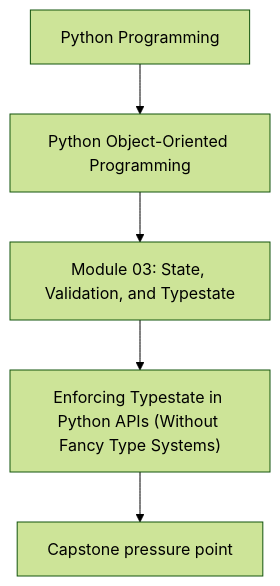
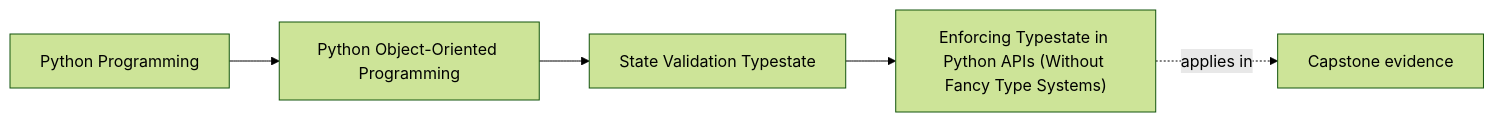
The first of 2 diagrams in programs/python-programming/python-object-oriented-programming/course-book/module-03-state-validation-typestate/typestate-in-python-apis.md (bijux/bijux-masterclass), drawn with Mermaid (forest theme) before and after one commit. The commit also changed other lines of this file and 65 other files, not shown here.

Commit message:
docs(python-object-oriented-programming): map object model and design foundations

````diff
--- a/programs/python-programming/python-object-oriented-programming/course-book/module-03-state-validation-typestate/typestate-in-python-apis.md
+++ b/programs/python-programming/python-object-oriented-programming/course-book/module-03-state-validation-typestate/typestate-in-python-apis.md
@@ -7,7 +7,11 @@
 ```mermaid
-flowchart TD
-  family["Python Programming"] --> program["Python Object-Oriented Programming"]
-  program --> module["Module 03: State, Validation, and Typestate"]
-  module --> concept["Enforcing Typestate in Python APIs (Without Fancy Type Systems)"]
-  concept --> capstone["Capstone pressure point"]
+graph LR
+  family["Python Programming"]
+  program["Python Object-Oriented Programming"]
+  section["State Validation Typestate"]
+  page["Enforcing Typestate in Python APIs (Without Fancy Type Systems)"]
+  capstone["Capstone evidence"]
+
+  family --> program --> section --> page
+  page -.applies in.-> capstone
 ```
````
